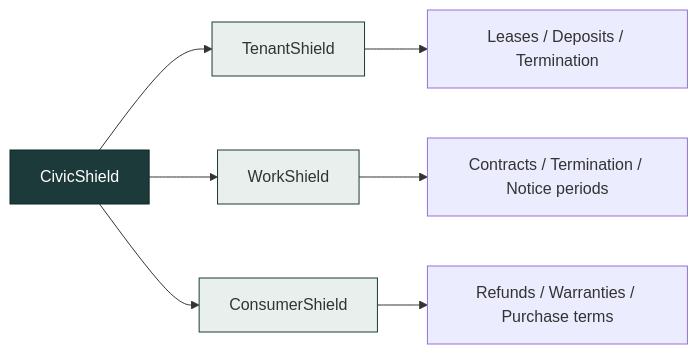
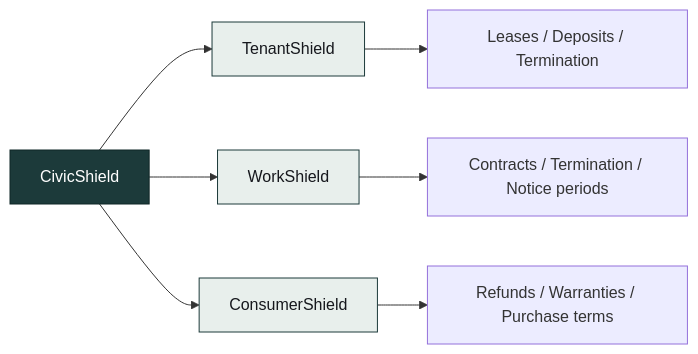
One commit to KodeMeister-YT/CivicShield changed the fourth of 12 diagrams in README.md. Above: the diagram before and after it, drawn with Mermaid. The commit also changed other lines of this file, not shown here.

Commit message:
fix: readable diagram text on dark theme (explicit node text color)

````diff
--- a/README.md
+++ b/README.md
@@ -67,11 +67,11 @@
 ```mermaid
 graph LR
     CS[CivicShield] --> TS[TenantShield] --> TS1[Leases / Deposits / Termination]
     CS --> WS[WorkShield] --> WS1[Contracts / Termination / Notice periods]
     CS --> CoS[ConsumerShield] --> CoS1[Refunds / Warranties / Purchase terms]
 
     style CS fill:#1c3a3a,stroke:#0f2626,color:#fff
-    style TS fill:#e8efec,stroke:#1c3a3a
-    style WS fill:#e8efec,stroke:#1c3a3a
-    style CoS fill:#e8efec,stroke:#1c3a3a
+    style TS fill:#e8efec,stroke:#1c3a3a,color:#16181d
+    style WS fill:#e8efec,stroke:#1c3a3a,color:#16181d
+    style CoS fill:#e8efec,stroke:#1c3a3a,color:#16181d
 ```
````
